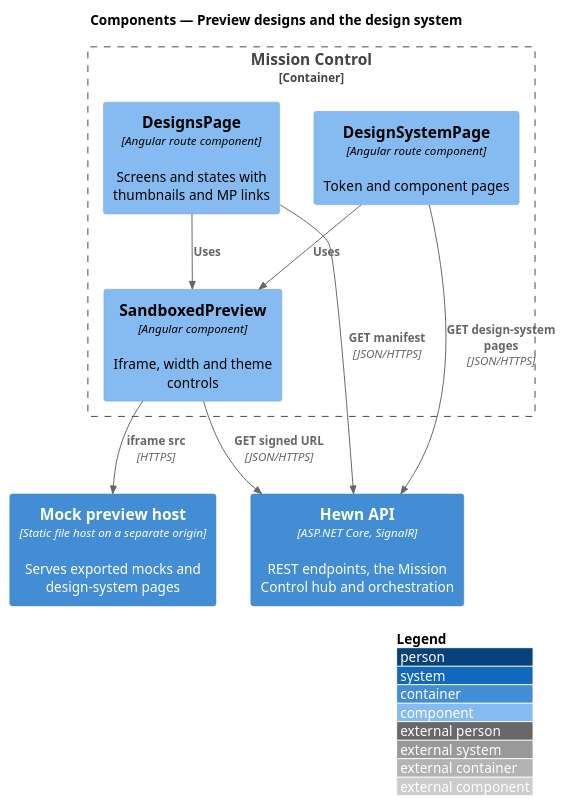
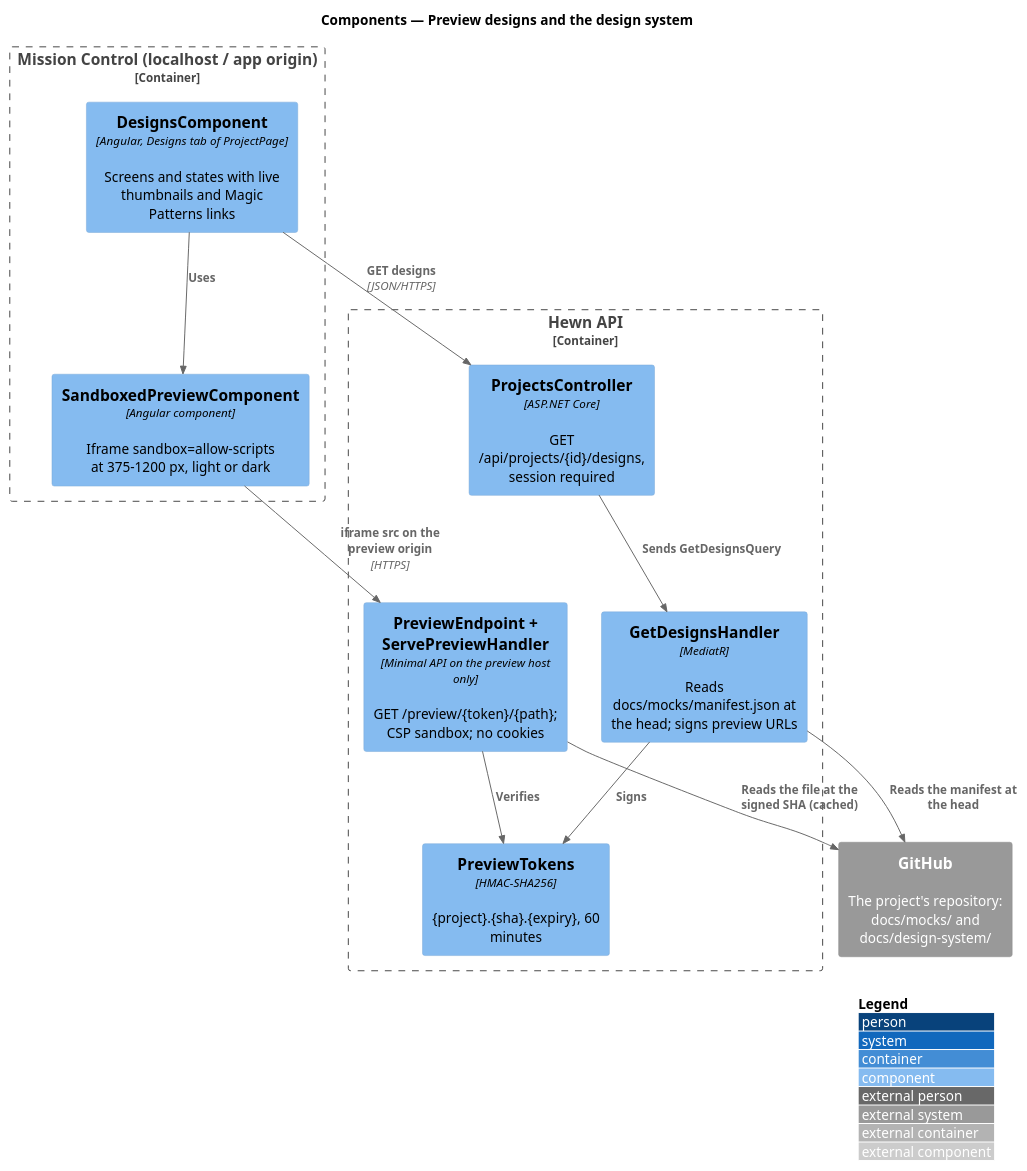
Before and after one commit to QuinntyneBrown/hewn: the diagram in docs/detailed-designs/mission-control/preview-designs/diagrams/c4-component.puml, drawn with PlantUML. The commit also changed 62 other files, not shown here.

First line of the commit message:
Preview product designs (journey 14, L2-011) (#22)

```diff
--- a/docs/detailed-designs/mission-control/preview-designs/diagrams/c4-component.puml
+++ b/docs/detailed-designs/mission-control/preview-designs/diagrams/c4-component.puml
@@ -1,20 +1,26 @@
 @startuml
 !include <C4/C4_Component>
 LAYOUT_WITH_LEGEND()
 title Components — Preview designs and the design system
 
-Container(api, "Hewn API", "ASP.NET Core, SignalR", "REST endpoints, the Mission Control hub and orchestration")
-Container(preview, "Mock preview host", "Static file host on a separate origin", "Serves exported mocks and design-system pages")
-Container_Boundary(spa_b, "Mission Control") {
-  Component(designs, "DesignsPage", "Angular route component", "Screens and states with thumbnails and MP links")
-  Component(ds, "DesignSystemPage", "Angular route component", "Token and component pages")
-  Component(prev, "SandboxedPreview", "Angular component", "Iframe, width and theme controls")
+System_Ext(gh, "GitHub", "The project's repository: docs/mocks/ and docs/design-system/")
+Container_Boundary(spa_b, "Mission Control (localhost / app origin)") {
+  Component(designs, "DesignsComponent", "Angular, Designs tab of ProjectPage", "Screens and states with live thumbnails and Magic Patterns links")
+  Component(prev, "SandboxedPreviewComponent", "Angular component", "Iframe sandbox=allow-scripts at 375-1200 px, light or dark")
+}
+Container_Boundary(api_b, "Hewn API") {
+  Component(ctrl, "ProjectsController", "ASP.NET Core", "GET /api/projects/{id}/designs, session required")
+  Component(list, "GetDesignsHandler", "MediatR", "Reads docs/mocks/manifest.json at the head; signs preview URLs")
+  Component(tok, "PreviewTokens", "HMAC-SHA256", "{project}.{sha}.{expiry}, 60 minutes")
+  Component(host, "PreviewEndpoint + ServePreviewHandler", "Minimal API on the preview host only", "GET /preview/{token}/{path}; CSP sandbox; no cookies")
 }
 
 Rel(designs, prev, "Uses")
-Rel(ds, prev, "Uses")
-Rel(designs, api, "GET manifest", "JSON/HTTPS")
-Rel(ds, api, "GET design-system pages", "JSON/HTTPS")
-Rel(prev, api, "GET signed URL", "JSON/HTTPS")
-Rel(prev, preview, "iframe src", "HTTPS")
+Rel(designs, ctrl, "GET designs", "JSON/HTTPS")
+Rel(ctrl, list, "Sends GetDesignsQuery")
+Rel(list, tok, "Signs")
+Rel(list, gh, "Reads the manifest at the head")
+Rel(prev, host, "iframe src on the preview origin", "HTTPS")
+Rel(host, tok, "Verifies")
+Rel(host, gh, "Reads the file at the signed SHA (cached)")
 @enduml
```
